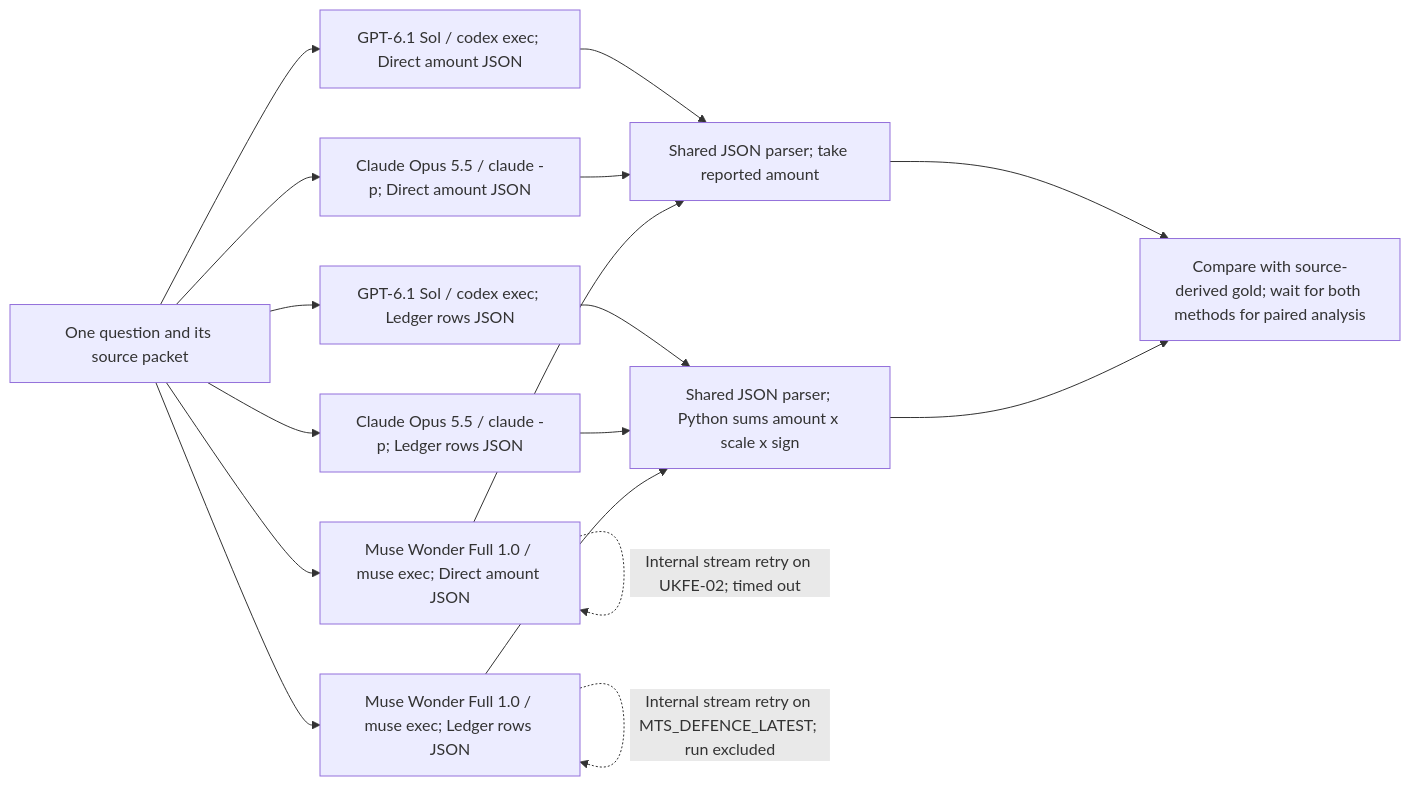
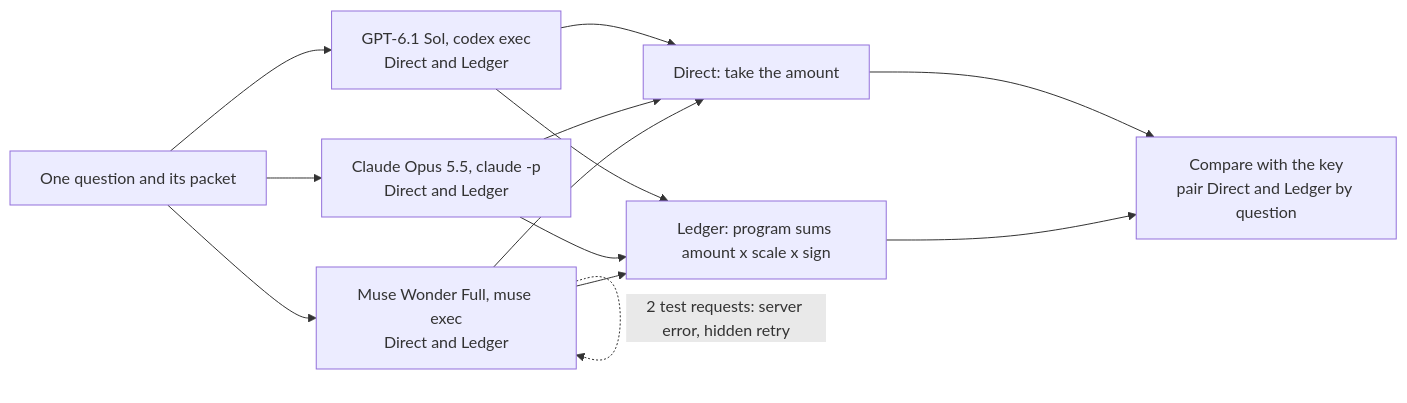
The second of 2 diagrams in econ/22-fiscal-implementation/README.md (k-sandhu/experiment-notebooks), drawn with Mermaid before and after one commit. The commit also changed other lines of this file and 2 other files, not shown here.

First line of the commit message:
Rewrite notebook 22 README and narrative as one explanation

````diff
--- a/econ/22-fiscal-implementation/README.md
+++ b/econ/22-fiscal-implementation/README.md
@@ -106,19 +135,15 @@
 ```mermaid
 flowchart LR
-    I["One question and its source packet"] --> GD["GPT-6.1 Sol / codex exec; Direct amount JSON"]
-    I --> GL["GPT-6.1 Sol / codex exec; Ledger rows JSON"]
-    I --> CD["Claude Opus 5.5 / claude -p; Direct amount JSON"]
-    I --> CL["Claude Opus 5.5 / claude -p; Ledger rows JSON"]
-    I --> MD["Muse Wonder Full 1.0 / muse exec; Direct amount JSON"]
-    I --> ML["Muse Wonder Full 1.0 / muse exec; Ledger rows JSON"]
-    MD -.->|"Internal stream retry on UKFE-02; timed out"| MD
-    ML -.->|"Internal stream retry on MTS_DEFENCE_LATEST; run excluded"| ML
-    GD --> D["Shared JSON parser; take reported amount"]
-    CD --> D
-    MD --> D
-    GL --> L["Shared JSON parser; Python sums amount x scale x sign"]
-    CL --> L
-    ML --> L
-    D --> S["Compare with source-derived gold; wait for both methods for paired analysis"]
+    I["One question and its packet"] --> G["GPT-6.1 Sol, codex exec<br/>Direct and Ledger"]
+    I --> C["Claude Opus 5.5, claude -p<br/>Direct and Ledger"]
+    I --> M["Muse Wonder Full, muse exec<br/>Direct and Ledger"]
+    M -.->|"2 test requests: server error, hidden retry"| M
+    G --> D["Direct: take the amount"]
+    C --> D
+    M --> D
+    G --> L["Ledger: program sums amount x scale x sign"]
+    C --> L
+    M --> L
+    D --> S["Compare with the key<br/>pair Direct and Ledger by question"]
     L --> S
 ```
````
